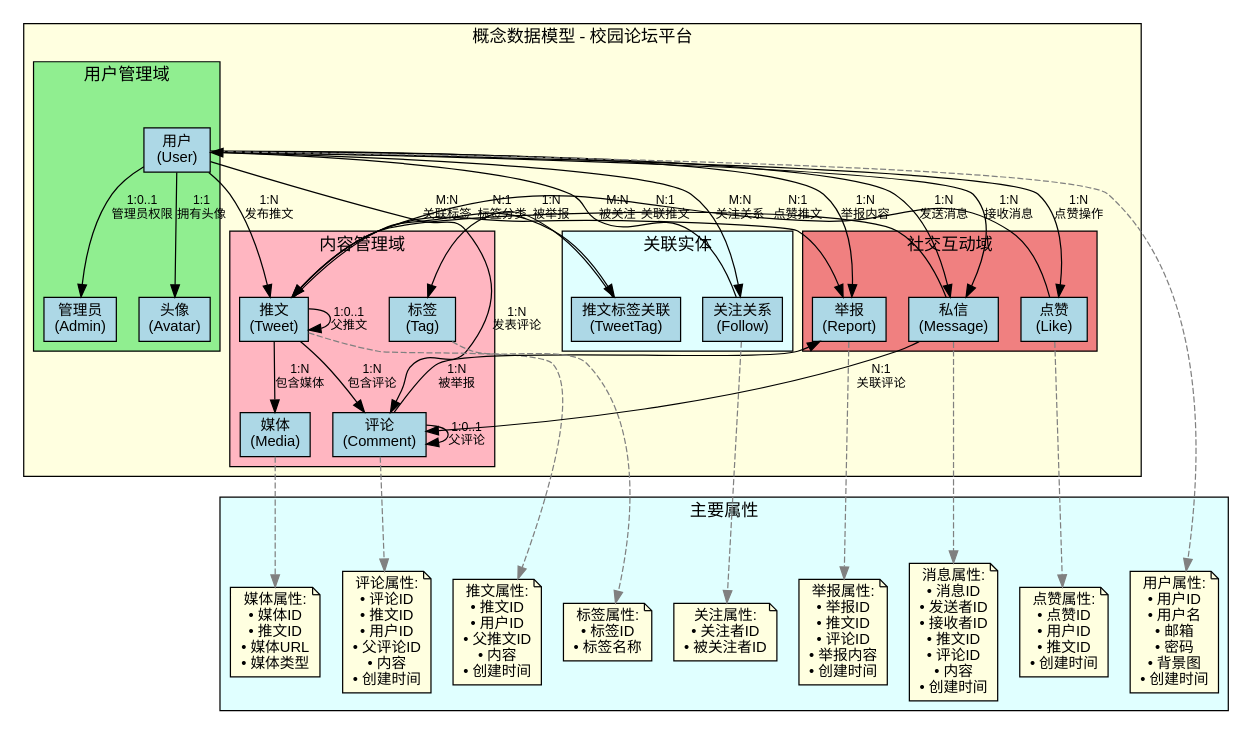
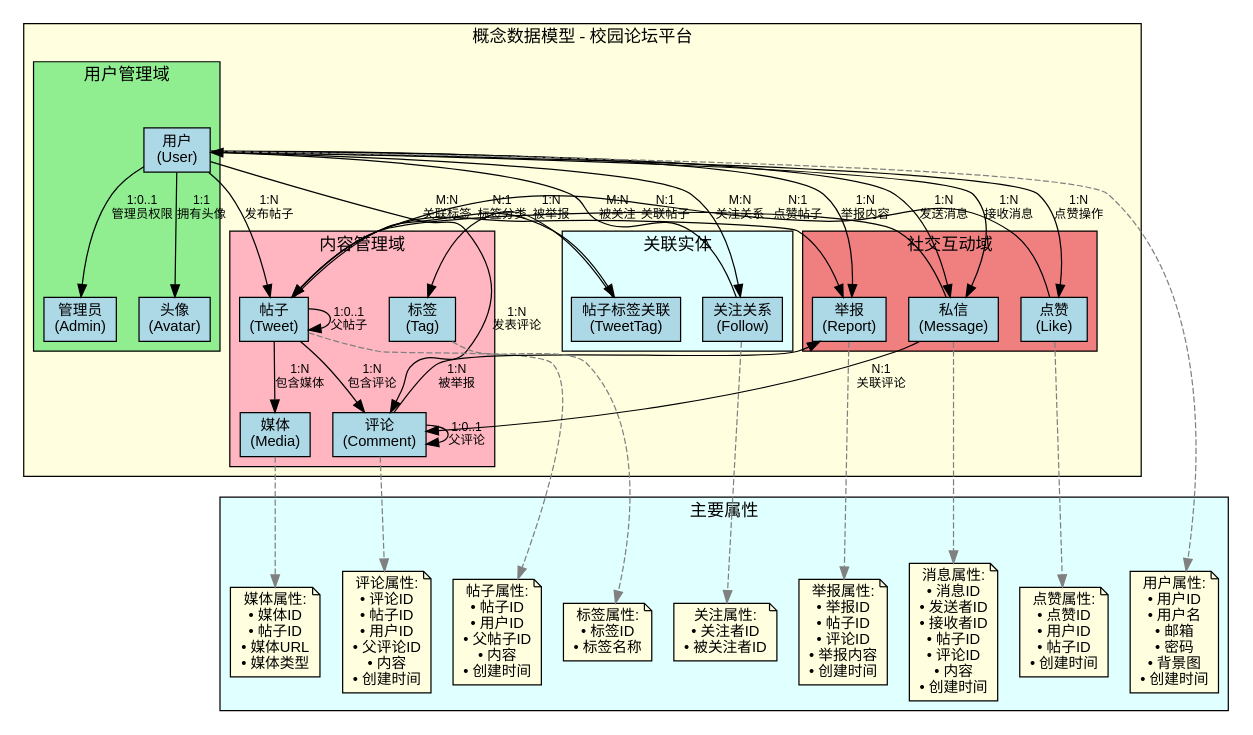
One commit to gujial/school-forum changed the diagram in docs/CDM概念数据模型.dot. Above: the diagram before and after it, drawn with Graphviz. The commit also changed 96 other files, not shown here.

```diff
--- a/docs/CDM概念数据模型.dot
+++ b/docs/CDM概念数据模型.dot
@@ -1,140 +1,140 @@
 digraph CDM {
     // 图形设置
     rankdir=TB;
     node [shape=box, style=filled, fontname="Arial", fontsize=12];
     edge [fontname="Arial", fontsize=10];
     
     // 实体定义 - 分层布局
     subgraph cluster_entities {
         label="概念数据模型 - 校园论坛平台";
         style=filled;
         fillcolor=lightyellow;
         
         // 第一层：用户相关实体
         subgraph cluster_user_entities {
             label="用户管理域";
             style=filled;
             fillcolor=lightgreen;
             
             user [label="用户\n(User)", fillcolor=lightblue];
             avatar [label="头像\n(Avatar)", fillcolor=lightblue];
             admin [label="管理员\n(Admin)", fillcolor=lightblue];
         }
         
         // 第二层：内容相关实体
         subgraph cluster_content_entities {
             label="内容管理域";
             style=filled;
             fillcolor=lightpink;
             
-            tweet [label="推文\n(Tweet)", fillcolor=lightblue];
+            tweet [label="帖子\n(Tweet)", fillcolor=lightblue];
             comment [label="评论\n(Comment)", fillcolor=lightblue];
             media [label="媒体\n(Media)", fillcolor=lightblue];
             tag [label="标签\n(Tag)", fillcolor=lightblue];
         }
         
         // 第三层：关联实体
         subgraph cluster_association_entities {
             label="关联实体";
             style=filled;
             fillcolor=lightcyan;
             
-            tweet_tag [label="推文标签关联\n(TweetTag)", fillcolor=lightblue];
+            tweet_tag [label="帖子标签关联\n(TweetTag)", fillcolor=lightblue];
             follow [label="关注关系\n(Follow)", fillcolor=lightblue];
         }
         
         // 第四层：互动相关实体
         subgraph cluster_interaction_entities {
             label="社交互动域";
             style=filled;
             fillcolor=lightcoral;
             
             like [label="点赞\n(Like)", fillcolor=lightblue];
             message [label="私信\n(Message)", fillcolor=lightblue];
             report [label="举报\n(Report)", fillcolor=lightblue];
         }
     }
     
     // 实体属性 - 右侧布局
     subgraph cluster_attributes {
         label="主要属性";
         style=filled;
         fillcolor=lightcyan;
         
         // 用户属性
         user_attrs [label="用户属性:\n• 用户ID\n• 用户名\n• 邮箱\n• 密码\n• 背景图\n• 创建时间", shape=note, fillcolor=lightyellow];
         
-        // 推文属性
-        tweet_attrs [label="推文属性:\n• 推文ID\n• 用户ID\n• 父推文ID\n• 内容\n• 创建时间", shape=note, fillcolor=lightyellow];
+        // 帖子属性
+        tweet_attrs [label="帖子属性:\n• 帖子ID\n• 用户ID\n• 父帖子ID\n• 内容\n• 创建时间", shape=note, fillcolor=lightyellow];
         
         // 评论属性
-        comment_attrs [label="评论属性:\n• 评论ID\n• 推文ID\n• 用户ID\n• 父评论ID\n• 内容\n• 创建时间", shape=note, fillcolor=lightyellow];
+        comment_attrs [label="评论属性:\n• 评论ID\n• 帖子ID\n• 用户ID\n• 父评论ID\n• 内容\n• 创建时间", shape=note, fillcolor=lightyellow];
         
         // 媒体属性
-        media_attrs [label="媒体属性:\n• 媒体ID\n• 推文ID\n• 媒体URL\n• 媒体类型", shape=note, fillcolor=lightyellow];
+        media_attrs [label="媒体属性:\n• 媒体ID\n• 帖子ID\n• 媒体URL\n• 媒体类型", shape=note, fillcolor=lightyellow];
         
         // 标签属性
         tag_attrs [label="标签属性:\n• 标签ID\n• 标签名称", shape=note, fillcolor=lightyellow];
         
         // 关注属性
         follow_attrs [label="关注属性:\n• 关注者ID\n• 被关注者ID", shape=note, fillcolor=lightyellow];
         
         // 点赞属性
-        like_attrs [label="点赞属性:\n• 点赞ID\n• 用户ID\n• 推文ID\n• 创建时间", shape=note, fillcolor=lightyellow];
+        like_attrs [label="点赞属性:\n• 点赞ID\n• 用户ID\n• 帖子ID\n• 创建时间", shape=note, fillcolor=lightyellow];
         
         // 消息属性
-        message_attrs [label="消息属性:\n• 消息ID\n• 发送者ID\n• 接收者ID\n• 推文ID\n• 评论ID\n• 内容\n• 创建时间", shape=note, fillcolor=lightyellow];
+        message_attrs [label="消息属性:\n• 消息ID\n• 发送者ID\n• 接收者ID\n• 帖子ID\n• 评论ID\n• 内容\n• 创建时间", shape=note, fillcolor=lightyellow];
         
         // 举报属性
-        report_attrs [label="举报属性:\n• 举报ID\n• 推文ID\n• 评论ID\n• 举报内容\n• 创建时间", shape=note, fillcolor=lightyellow];
+        report_attrs [label="举报属性:\n• 举报ID\n• 帖子ID\n• 评论ID\n• 举报内容\n• 创建时间", shape=note, fillcolor=lightyellow];
     }
     
     // 完整的实体关系连接
     // 用户相关连接
     user -> avatar [label="1:1\n拥有头像"];
     user -> admin [label="1:0..1\n管理员权限"];
-    user -> tweet [label="1:N\n发布推文"];
+    user -> tweet [label="1:N\n发布帖子"];
     user -> comment [label="1:N\n发表评论"];
     user -> like [label="1:N\n点赞操作"];
     user -> message [label="1:N\n发送消息"];
     user -> report [label="1:N\n举报内容"];
     
     // 内容相关连接
     tweet -> comment [label="1:N\n包含评论"];
     tweet -> media [label="1:N\n包含媒体"];
     tweet -> tweet_tag [label="M:N\n关联标签"];
     tweet_tag -> tag [label="N:1\n标签分类"];
     
     // 社交互动连接
     user -> follow [label="M:N\n关注关系"];
     follow -> user [label="M:N\n被关注"];
-    like -> tweet [label="N:1\n点赞推文"];
+    like -> tweet [label="N:1\n点赞帖子"];
     user -> message [label="1:N\n接收消息"];
     
     // 层级关系
     comment -> comment [label="1:0..1\n父评论"];
-    tweet -> tweet [label="1:0..1\n父推文"];
+    tweet -> tweet [label="1:0..1\n父帖子"];
     
     // 举报关系
     tweet -> report [label="1:N\n被举报"];
     comment -> report [label="1:N\n被举报"];
     
     // 消息关联
-    message -> tweet [label="N:1\n关联推文"];
+    message -> tweet [label="N:1\n关联帖子"];
     message -> comment [label="N:1\n关联评论"];
     
     // 属性关联 - 使用虚线减少视觉干扰
     user -> user_attrs [style=dashed, color=gray];
     tweet -> tweet_attrs [style=dashed, color=gray];
     comment -> comment_attrs [style=dashed, color=gray];
     media -> media_attrs [style=dashed, color=gray];
     tag -> tag_attrs [style=dashed, color=gray];
     follow -> follow_attrs [style=dashed, color=gray];
     like -> like_attrs [style=dashed, color=gray];
     message -> message_attrs [style=dashed, color=gray];
     report -> report_attrs [style=dashed, color=gray];
     
     // 样式设置
     node [shape=box, style=filled, fontname="Arial", fontsize=10];
     edge [fontname="Arial", fontsize=9];
 }
```
